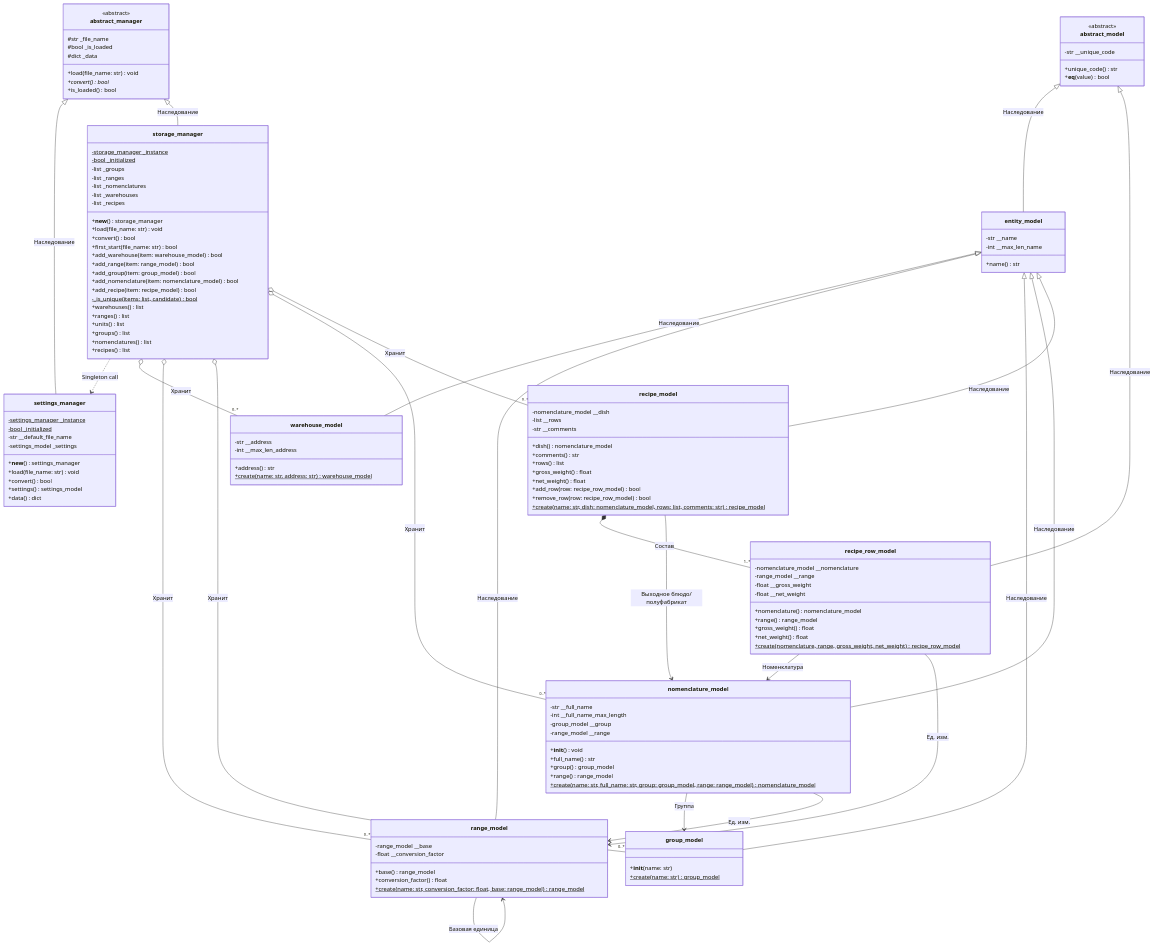
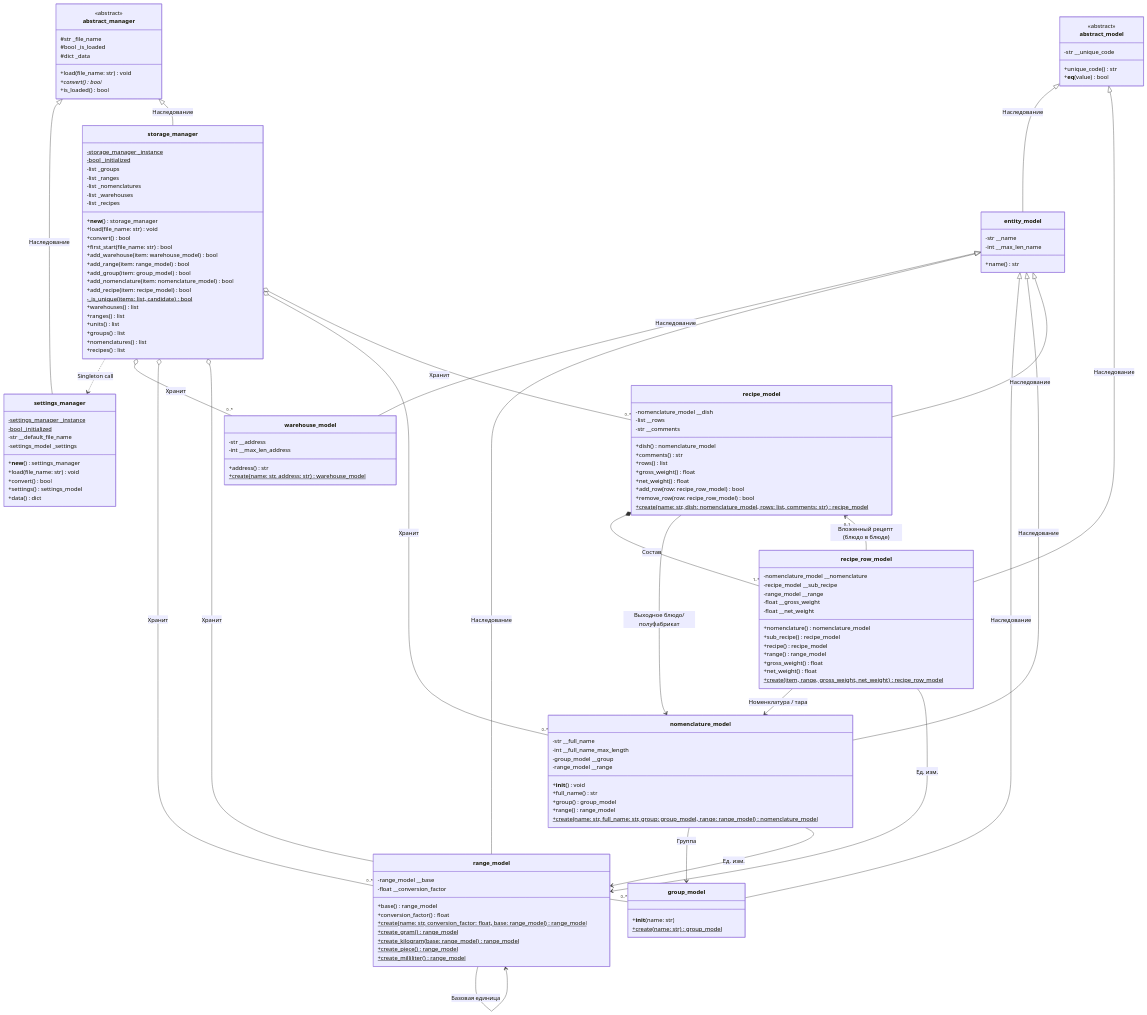
One commit to Hikaru-Hrn/Patterns2026_YM changed the first of 4 diagrams in _docs/UML_diagrams.md. Above: the diagram before and after it, drawn with Mermaid. The commit also changed other lines of this file, not shown here.

Commit message:
updated UML

````diff
--- a/_docs/UML_diagrams.md
+++ b/_docs/UML_diagrams.md
@@ -34,6 +34,10 @@
         +base() range_model
         +conversion_factor() float
         +create(name: str, conversion_factor: float, base: range_model)$ range_model
+        +create_gram()$ range_model
+        +create_kilogram(base: range_model)$ range_model
+        +create_piece()$ range_model
+        +create_milliliter()$ range_model
     }
 
     class warehouse_model {
@@ -57,14 +61,17 @@
 
     class recipe_row_model {
         -nomenclature_model __nomenclature
+        -recipe_model __sub_recipe
         -range_model __range
         -float __gross_weight
         -float __net_weight
         +nomenclature() nomenclature_model
+        +sub_recipe() recipe_model
+        +recipe() recipe_model
         +range() range_model
         +gross_weight() float
         +net_weight() float
-        +create(nomenclature, range, gross_weight, net_weight)$ recipe_row_model
+        +create(item, range, gross_weight, net_weight)$ recipe_row_model
     }
 
     class recipe_model {
@@ -153,6 +160,7 @@
 
     recipe_model *-- "1..*" recipe_row_model : Состав
     recipe_model --> nomenclature_model : Выходное блюдо/полуфабрикат
-    recipe_row_model --> nomenclature_model : Номенклатура
+    recipe_row_model --> nomenclature_model : Номенклатура / тара
+    recipe_row_model --> "0..1" recipe_model : Вложенный рецепт (блюдо в блюде)
     recipe_row_model --> range_model : Ед. изм.
 ```
````
